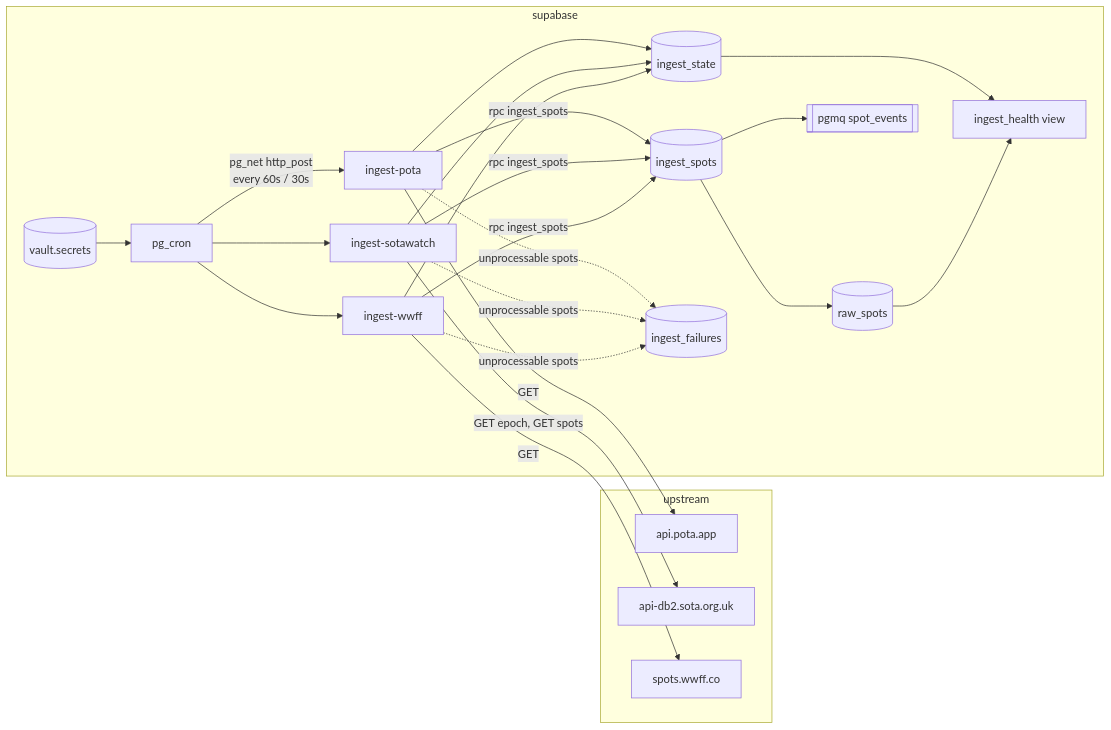
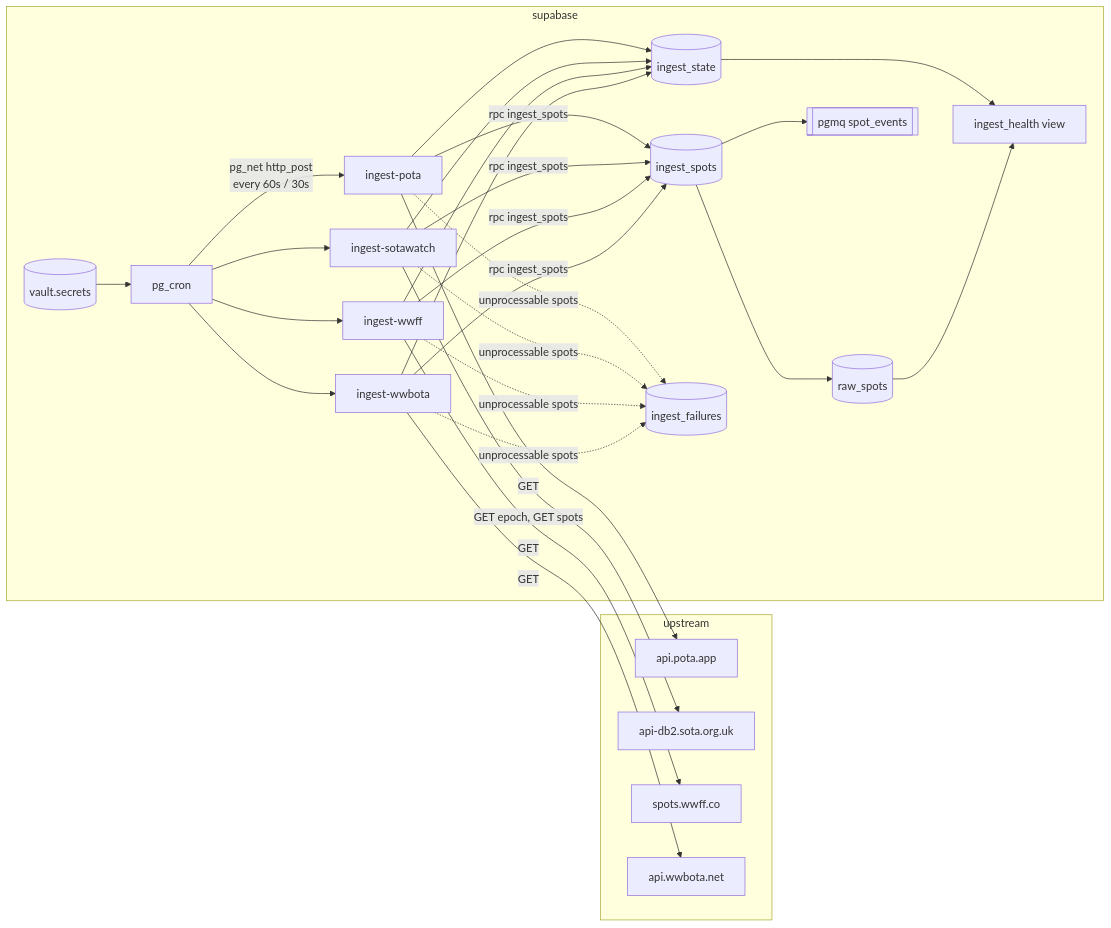
The first of 13 diagrams in docs/ARCHITECTURE.md (johnsonm/longlines), drawn with Mermaid before and after one commit. The commit also changed other lines of this file and 84 other files, not shown here.

````diff
--- a/docs/ARCHITECTURE.md
+++ b/docs/ARCHITECTURE.md
@@ -3,32 +3,38 @@
 ```mermaid
 flowchart LR
   subgraph upstream
     POTA[api.pota.app]
     SOTA[api-db2.sota.org.uk]
     WWFF[spots.wwff.co]
+    WWBOTA[api.wwbota.net]
   end
 
   subgraph supabase
     CRON[pg_cron] -- "pg_net http_post\nevery 60s / 30s" --> FP[ingest-pota]
     CRON --> FS[ingest-sotawatch]
     CRON --> FW[ingest-wwff]
+    CRON --> FB[ingest-wwbota]
     FP -- "rpc ingest_spots" --> RPC[(ingest_spots)]
     FS -- "rpc ingest_spots" --> RPC
     FW -- "rpc ingest_spots" --> RPC
+    FB -- "rpc ingest_spots" --> RPC
     RPC --> RS[(raw_spots)]
     RPC --> Q[[pgmq spot_events]]
     FP --> ST[(ingest_state)]
     FS --> ST
     FW --> ST
+    FB --> ST
     FP -. unprocessable spots .-> IF[(ingest_failures)]
     FS -. unprocessable spots .-> IF
     FW -. unprocessable spots .-> IF
+    FB -. unprocessable spots .-> IF
     ST --> H[ingest_health view]
     RS --> H
     V[(vault.secrets)] --> CRON
   end
 
   FP -- GET --> POTA
   FS -- GET epoch, GET spots --> SOTA
   FW -- GET --> WWFF
+  FB -- GET --> WWBOTA
 ```
````
